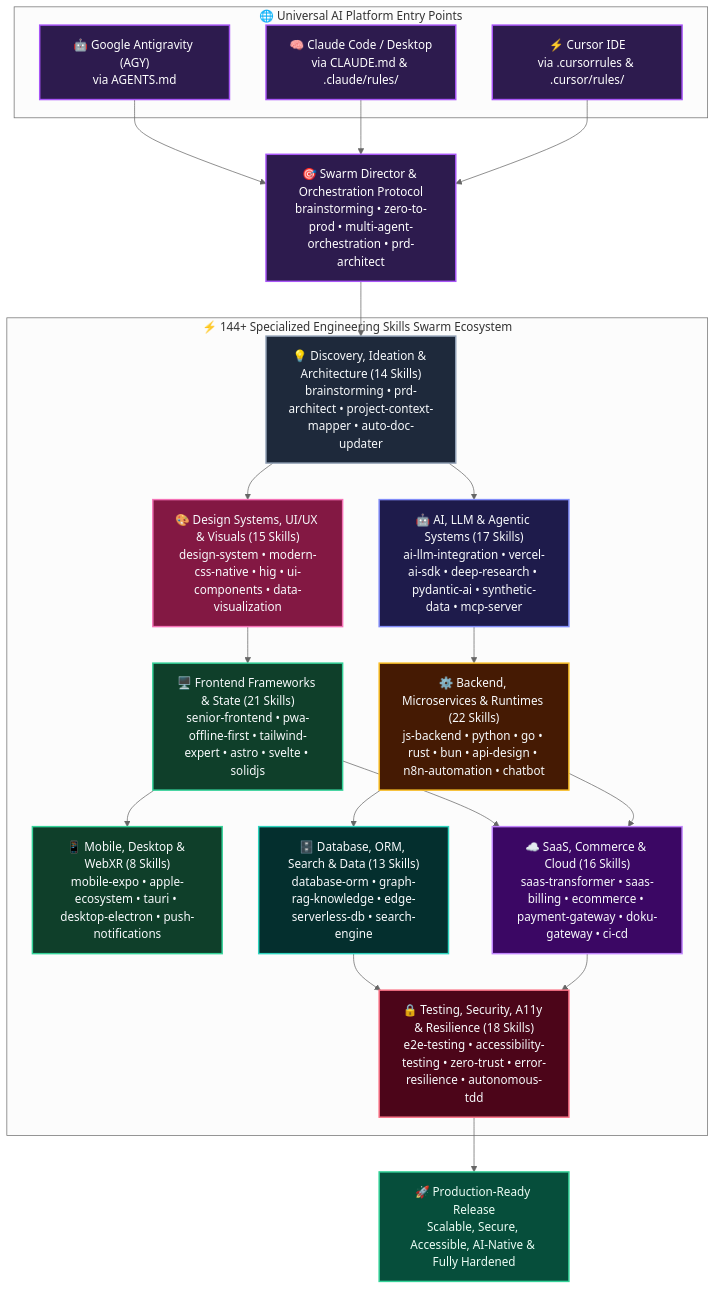
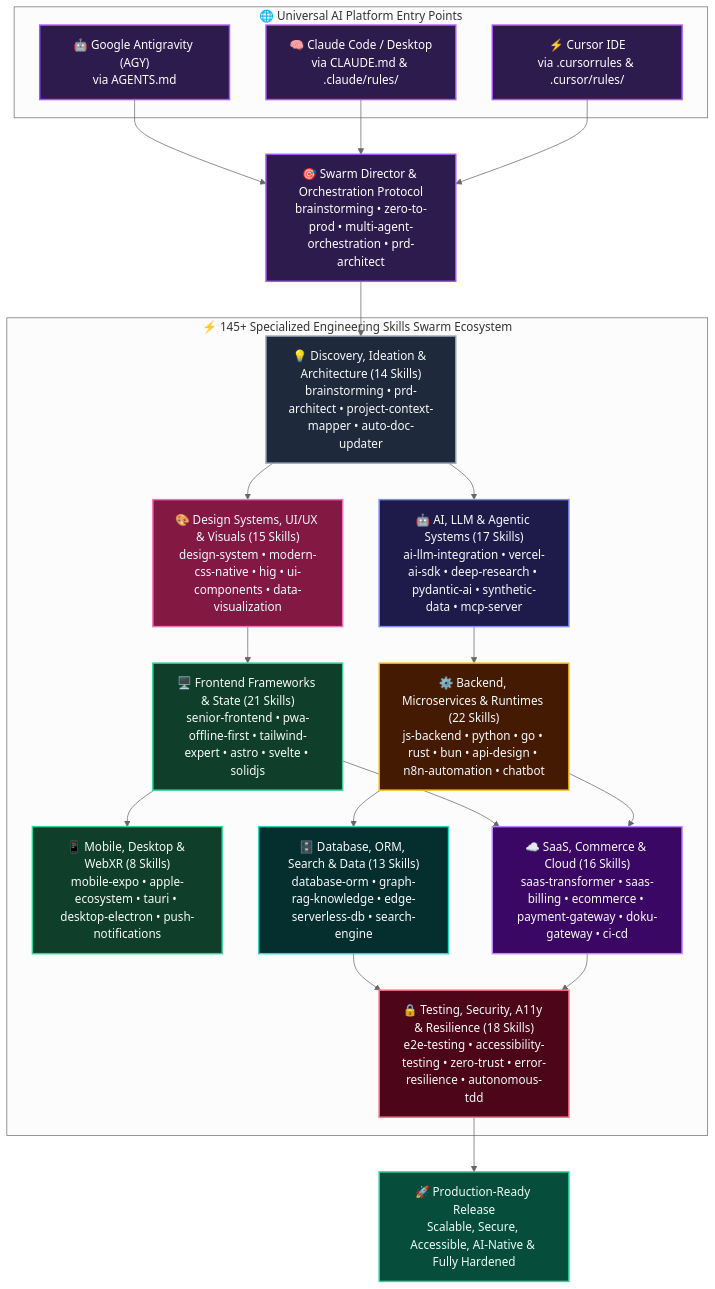
One commit to roedyrustam/vibes-plug changed the diagram in README.md. Above: the diagram before and after it, drawn with Mermaid (neutral theme). The commit also changed other lines of this file and 20 other files, not shown here.

Commit message:
feat: expand skill ecosystem with new specialized agents and add frontend project scaffolding tool

````diff
--- a/README.md
+++ b/README.md
@@ -16,64 +16,64 @@
 ```mermaid
 graph TD
     subgraph PLATFORMS["🌐 Universal AI Platform Entry Points"]
         AGY["🤖 Google Antigravity (AGY)<br/>via AGENTS.md"]
         CLAUDE["🧠 Claude Code / Desktop<br/>via CLAUDE.md & .claude/rules/"]
         CURSOR["⚡ Cursor IDE<br/>via .cursorrules & .cursor/rules/"]
     end
 
     DIRECTOR["🎯 Swarm Director & Orchestration Protocol<br/>brainstorming • zero-to-prod • multi-agent-orchestration • prd-architect"]
 
-    subgraph SWARM["⚡ 144+ Specialized Engineering Skills Swarm Ecosystem"]
+    subgraph SWARM["⚡ 145+ Specialized Engineering Skills Swarm Ecosystem"]
         D1["💡 Discovery, Ideation & Architecture (14 Skills)<br/>brainstorming • prd-architect • project-context-mapper • auto-doc-updater"]
         D2["🤖 AI, LLM & Agentic Systems (17 Skills)<br/>ai-llm-integration • vercel-ai-sdk • deep-research • pydantic-ai • synthetic-data • mcp-server"]
         D3["🎨 Design Systems, UI/UX & Visuals (15 Skills)<br/>design-system • modern-css-native • hig • ui-components • data-visualization"]
         D4["🖥️ Frontend Frameworks & State (21 Skills)<br/>senior-frontend • pwa-offline-first • tailwind-expert • astro • svelte • solidjs"]
         D5["📱 Mobile, Desktop & WebXR (8 Skills)<br/>mobile-expo • apple-ecosystem • tauri • desktop-electron • push-notifications"]
         D6["⚙️ Backend, Microservices & Runtimes (22 Skills)<br/>js-backend • python • go • rust • bun • api-design • n8n-automation • chatbot"]
         D7["🗄️ Database, ORM, Search & Data (13 Skills)<br/>database-orm • graph-rag-knowledge • edge-serverless-db • search-engine"]
         D8["☁️ SaaS, Commerce & Cloud (16 Skills)<br/>saas-transformer • saas-billing • ecommerce • payment-gateway • doku-gateway • ci-cd"]
         D9["🔒 Testing, Security, A11y & Resilience (18 Skills)<br/>e2e-testing • accessibility-testing • zero-trust • error-resilience • autonomous-tdd"]
     end
 
     PROD["🚀 Production-Ready Release<br/>Scalable, Secure, Accessible, AI-Native & Fully Hardened"]
 
     AGY --> DIRECTOR
     CLAUDE --> DIRECTOR
     CURSOR --> DIRECTOR
 
     DIRECTOR --> D1
     D1 --> D2
     D1 --> D3
     D2 --> D6
     D3 --> D4
     D4 --> D5
     D4 --> D8
     D6 --> D7
     D6 --> D8
     D7 --> D9
     D8 --> D9
     D9 --> PROD
 
     classDef hero fill:#2d1b4e,stroke:#a855f7,stroke-width:2px,color:#fff;
     classDef ai fill:#1e1b4b,stroke:#818cf8,stroke-width:2px,color:#f8fafc;
     classDef ui fill:#831843,stroke:#f472b6,stroke-width:2px,color:#f8fafc;
     classDef front fill:#0f3f2a,stroke:#34d399,stroke-width:2px,color:#f8fafc;
     classDef back fill:#451a03,stroke:#fbbf24,stroke-width:2px,color:#f8fafc;
     classDef saas fill:#3b0764,stroke:#c084fc,stroke-width:2px,color:#f8fafc;
     classDef db fill:#042f2e,stroke:#2dd4bf,stroke-width:2px,color:#f8fafc;
     classDef sec fill:#4c0519,stroke:#fb7185,stroke-width:2px,color:#f8fafc;
     classDef util fill:#1e293b,stroke:#94a3b8,stroke-width:2px,color:#f8fafc;
     classDef target fill:#064e3b,stroke:#34d399,stroke-width:2px,color:#ecfdf5;
 
     class AGY,CLAUDE,CURSOR,DIRECTOR hero;
     class D1 util;
     class D2 ai;
     class D3 ui;
     class D4 front;
     class D5 front;
     class D6 back;
     class D7 db;
     class D8 saas;
     class D9 sec;
     class PROD target;
 ```
````
